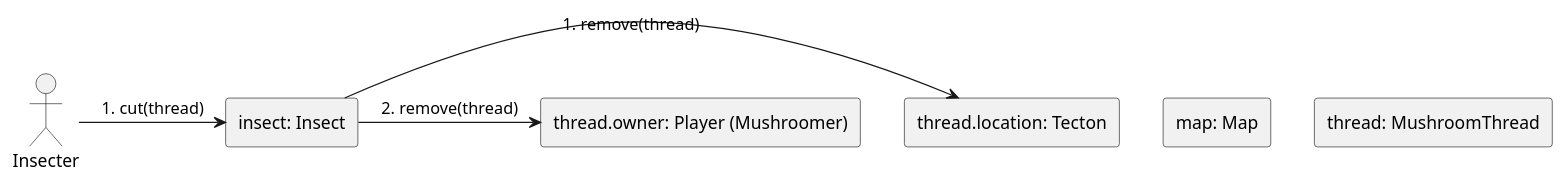
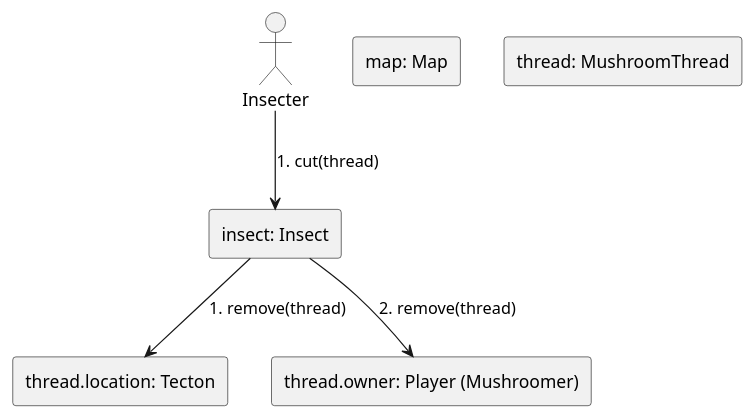
One commit to Petya-G/fungorium changed the diagram in 5/communication_diagrams/insecter/cut.puml. Above: the diagram before and after it, drawn with PlantUML. The commit also changed 1 other file, not shown here.

Commit message:
changes to insect communication diagrams

```diff
--- a/5/communication_diagrams/insecter/cut.puml
+++ b/5/communication_diagrams/insecter/cut.puml
@@ -5,16 +5,16 @@
 @startuml Cut with insect
 skinparam linestyle ortho
 actor Insecter 
 rectangle "map: Map" as 1
 rectangle "thread.location: Tecton" as 2.1
 rectangle "thread.owner: Player (Mushroomer)" as 2.2
 'rectangle "tecton2: Tecton" as 2.2
 rectangle "insect: Insect" as 3
 rectangle "thread: MushroomThread" as 4
 
-3 -right-> 2.1: 1. remove(thread)
-3 -right-> 2.2: 2. remove(thread)
+3 --> 2.1: 1. remove(thread)
+3 --> 2.2: 2. remove(thread)
 
-Insecter -right-> 3: 1. cut(thread)
+Insecter --> 3: 1. cut(thread)
 
 @enduml
```
